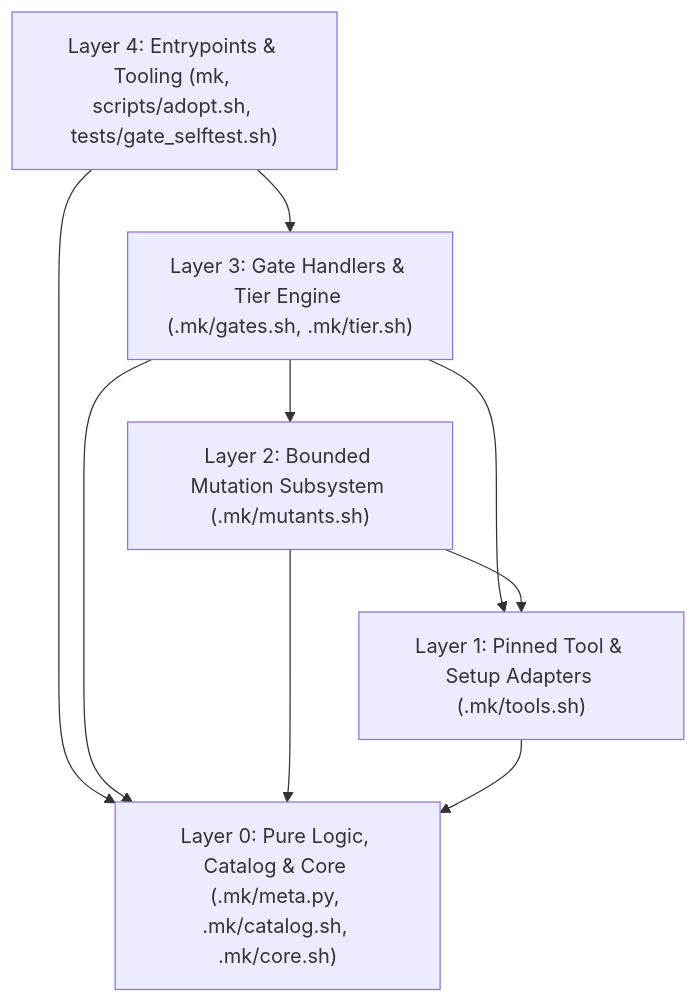
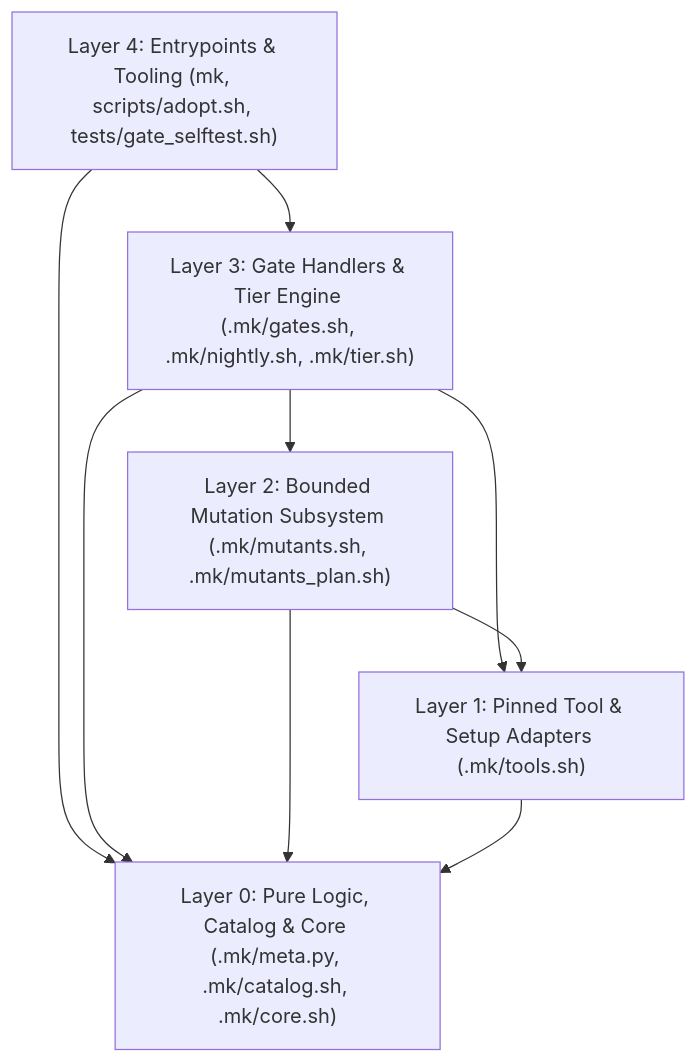
One commit to Adafede/rusti-graben changed the first of 2 diagrams in docs/ARCHITECTURE.md. Above: the diagram before and after it, drawn with Mermaid. The commit also changed other lines of this file and 16 other files, not shown here.

Commit message:
refactor(mk): split mutants_plan and nightly modules and enforce python3 -B bytecode hygiene

````diff
--- a/docs/ARCHITECTURE.md
+++ b/docs/ARCHITECTURE.md
@@ -9,17 +9,17 @@
 ```mermaid
 flowchart TD
     L4["Layer 4: Entrypoints & Tooling (mk, scripts/adopt.sh, tests/gate_selftest.sh)"]
-    L3["Layer 3: Gate Handlers & Tier Engine (.mk/gates.sh, .mk/tier.sh)"]
-    L2["Layer 2: Bounded Mutation Subsystem (.mk/mutants.sh)"]
+    L3["Layer 3: Gate Handlers & Tier Engine (.mk/gates.sh, .mk/nightly.sh, .mk/tier.sh)"]
+    L2["Layer 2: Bounded Mutation Subsystem (.mk/mutants.sh, .mk/mutants_plan.sh)"]
     L1["Layer 1: Pinned Tool & Setup Adapters (.mk/tools.sh)"]
     L0["Layer 0: Pure Logic, Catalog & Core (.mk/meta.py, .mk/catalog.sh, .mk/core.sh)"]
 
     L4 --> L3
     L4 --> L0
     L3 --> L2
     L3 --> L1
     L3 --> L0
     L2 --> L1
     L2 --> L0
     L1 --> L0
 ```
````
